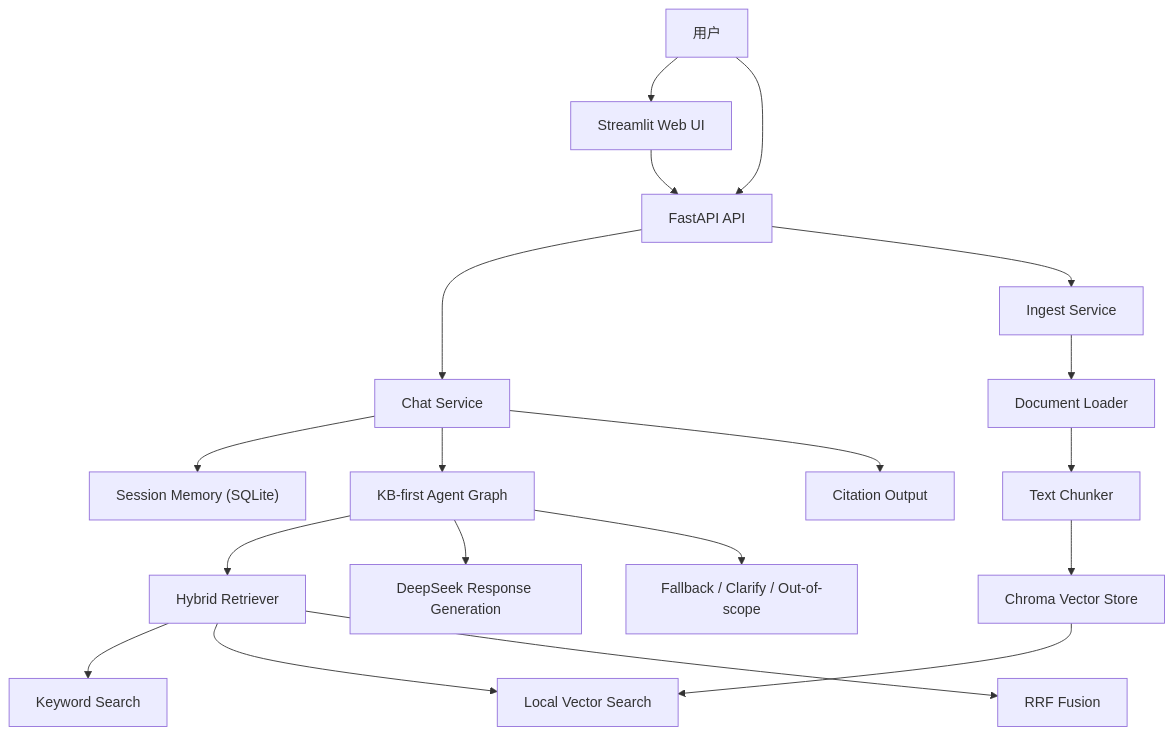
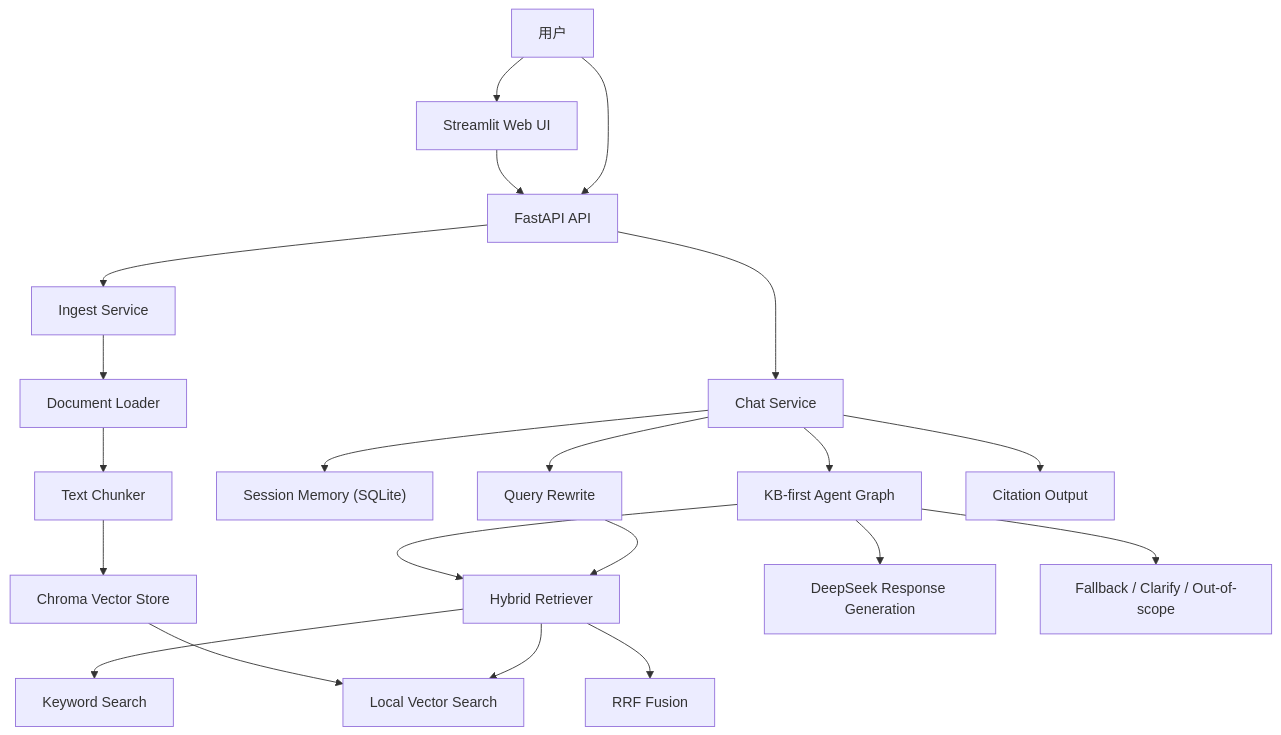
One commit to huige66631/telecom-knowledge-assistant changed the diagram in docs/architecture.md. Above: the diagram before and after it, drawn with Mermaid. The commit also changed other lines of this file and 14 other files, not shown here.

Commit message:
Add context-aware query rewrite to retrieval flow

````diff
--- a/docs/architecture.md
+++ b/docs/architecture.md
@@ -3,27 +3,29 @@
 ```mermaid
 flowchart TD
     U["用户"] --> W["Streamlit Web UI"]
     U --> A["FastAPI API"]
 
     W --> A
     A --> C["Chat Service"]
     A --> I["Ingest Service"]
 
     I --> L["Document Loader"]
     L --> K["Text Chunker"]
     K --> V["Chroma Vector Store"]
 
     C --> M["Session Memory (SQLite)"]
     C --> G["KB-first Agent Graph"]
+    C --> QR["Query Rewrite"]
 
+    QR --> R
     G --> R["Hybrid Retriever"]
     R --> KS["Keyword Search"]
     R --> VS["Local Vector Search"]
     R --> RF["RRF Fusion"]
 
     G --> O["DeepSeek Response Generation"]
     G --> F["Fallback / Clarify / Out-of-scope"]
 
     V --> VS
     C --> Q["Citation Output"]
 ```
````
